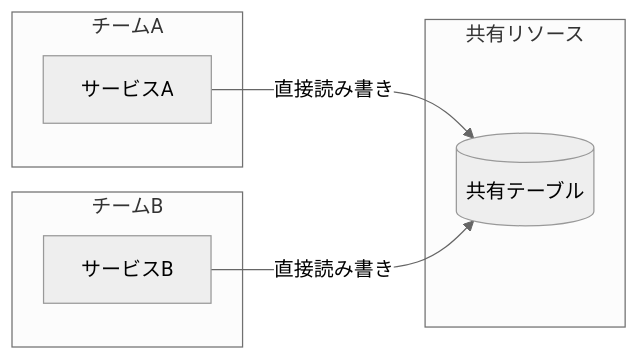
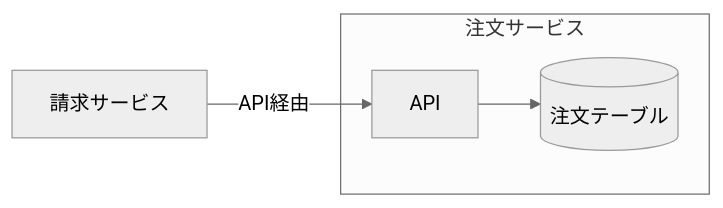
The fifth of 7 diagrams in articles/0fef0bb54d528d.md (gn-t-k/zenn-content), drawn with Mermaid (neutral theme) before and after one commit. The commit also changed other lines of this file, not shown here.

````diff
--- a/articles/0fef0bb54d528d.md
+++ b/articles/0fef0bb54d528d.md
@@ -158,14 +296,10 @@
 ```mermaid
 flowchart LR
-    subgraph teamA["チームA"]
-        serviceA["サービスA"]
+    subgraph order["注文サービス"]
+        api["API"]
+        db[("注文テーブル")]
     end
-    subgraph teamB["チームB"]
-        serviceB["サービスB"]
-    end
-    subgraph shared["共有リソース"]
-        db[("共有テーブル")]
-    end
-    serviceA -- "直接読み書き" --> db
-    serviceB -- "直接読み書き" --> db
+    billing["請求サービス"]
+    api --> db
+    billing -- "API経由" --> api
 ```
````
